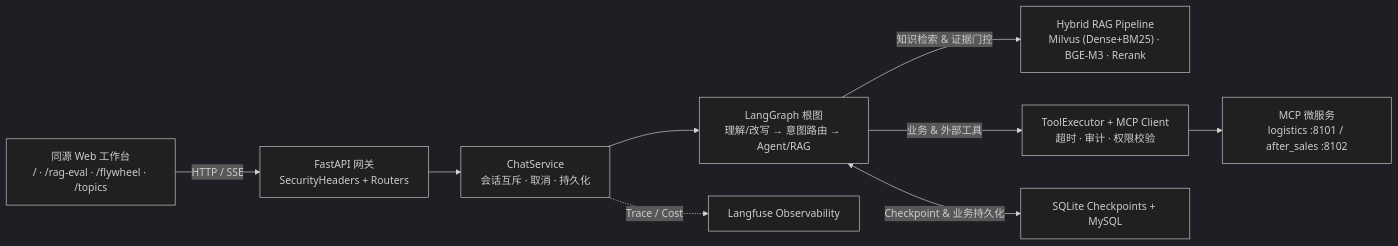
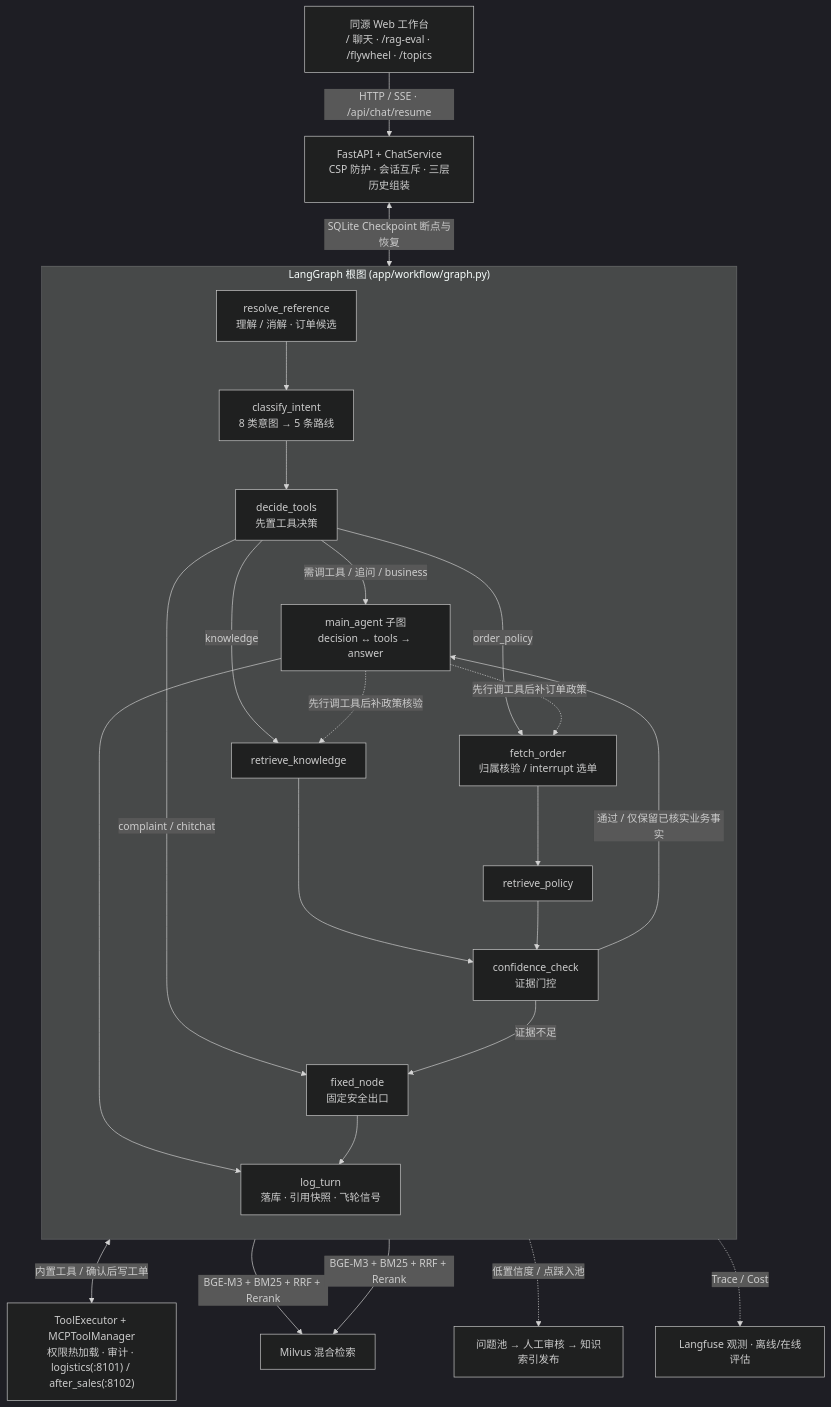
The diagram in README.md (supersealwqas/MEWHELP), drawn with Mermaid (dark theme) before and after one commit. The commit also changed other lines of this file, not shown here.

Commit message:
docs: align architecture diagram with actual LangGraph workflow

````diff
--- a/README.md
+++ b/README.md
@@ -26,13 +26,31 @@
 ```mermaid
-flowchart LR
-    UI["同源 Web 工作台<br/>/ · /rag-eval · /flywheel · /topics"] -->|"HTTP / SSE"| API["FastAPI 网关<br/>SecurityHeaders + Routers"]
-    API --> SVC["ChatService<br/>会话互斥 · 取消 · 持久化"]
-    SVC --> GRAPH["LangGraph 根图<br/>理解/改写 → 意图路由 → Agent/RAG"]
+flowchart TB
+    UI["同源 Web 工作台<br/>/ 聊天 · /rag-eval · /flywheel · /topics"] -->|"HTTP / SSE · /api/chat/resume"| API["FastAPI + ChatService<br/>CSP 防护 · 会话互斥 · 三层历史组装"]
 
-    GRAPH -->|"知识检索 & 证据门控"| RAG["Hybrid RAG Pipeline<br/>Milvus (Dense+BM25) · BGE-M3 · Rerank"]
-    GRAPH -->|"业务 & 外部工具"| TOOLS["ToolExecutor + MCP Client<br/>超时 · 审计 · 权限校验"]
-    TOOLS --> MCP["MCP 微服务<br/>logistics :8101 / after_sales :8102"]
+    subgraph GRAPH["LangGraph 根图 (app/workflow/graph.py)"]
+        direction TB
+        R1["resolve_reference<br/>理解 / 消解 · 订单候选"] --> R2["classify_intent<br/>8 类意图 → 5 条路线"]
+        R2 --> R3["decide_tools<br/>先置工具决策"]
 
-    GRAPH <-->|"Checkpoint & 业务持久化"| DB["SQLite Checkpoints + MySQL"]
-    SVC -.->|"Trace / Cost"| LF["Langfuse Observability"]
+        R3 -->|"需调工具 / 追问 / business"| AGENT["main_agent 子图<br/>decision ↔ tools → answer"]
+        R3 -->|"knowledge"| RK["retrieve_knowledge"]
+        R3 -->|"order_policy"| FO["fetch_order<br/>归属核验 / interrupt 选单"] --> RP["retrieve_policy"]
+        R3 -->|"complaint / chitchat"| FIX["fixed_node<br/>固定安全出口"]
+
+        RK --> GATE["confidence_check<br/>证据门控"]
+        RP --> GATE
+        GATE -->|"通过 / 仅保留已核实业务事实"| AGENT
+        GATE -->|"证据不足"| FIX
+
+        AGENT -.->|"先行调工具后补政策核验"| RK
+        AGENT -.->|"先行调工具后补订单政策"| FO
+        AGENT --> LOG["log_turn<br/>落库 · 引用快照 · 飞轮信号"]
+        FIX --> LOG
+    end
+
+    API <-->|"SQLite Checkpoint 断点与恢复"| GRAPH
+    AGENT <-->|"内置工具 / 确认后写工单"| TOOLS["ToolExecutor + MCPToolManager<br/>权限热加载 · 审计 · logistics(:8101) / after_sales(:8102)"]
+    RK & RP -->|"BGE-M3 + BM25 + RRF + Rerank"| RAG["Milvus 混合检索"]
+    LOG -.->|"低置信度 / 点踩入池"| FW["问题池 → 人工审核 → 知识索引发布"]
+    GRAPH -.->|"Trace / Cost"| OBS["Langfuse 观测 · 离线/在线评估"]
 ```
````
